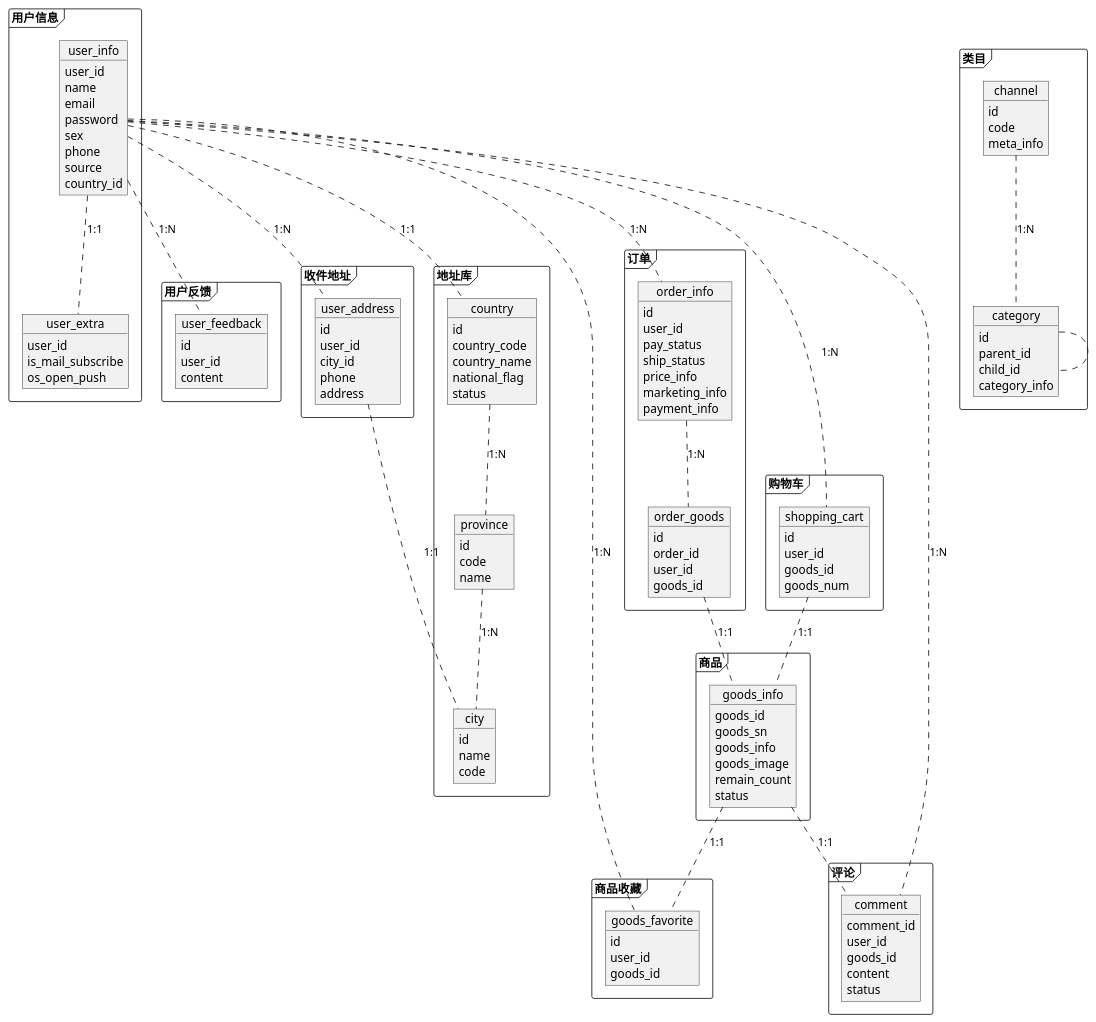
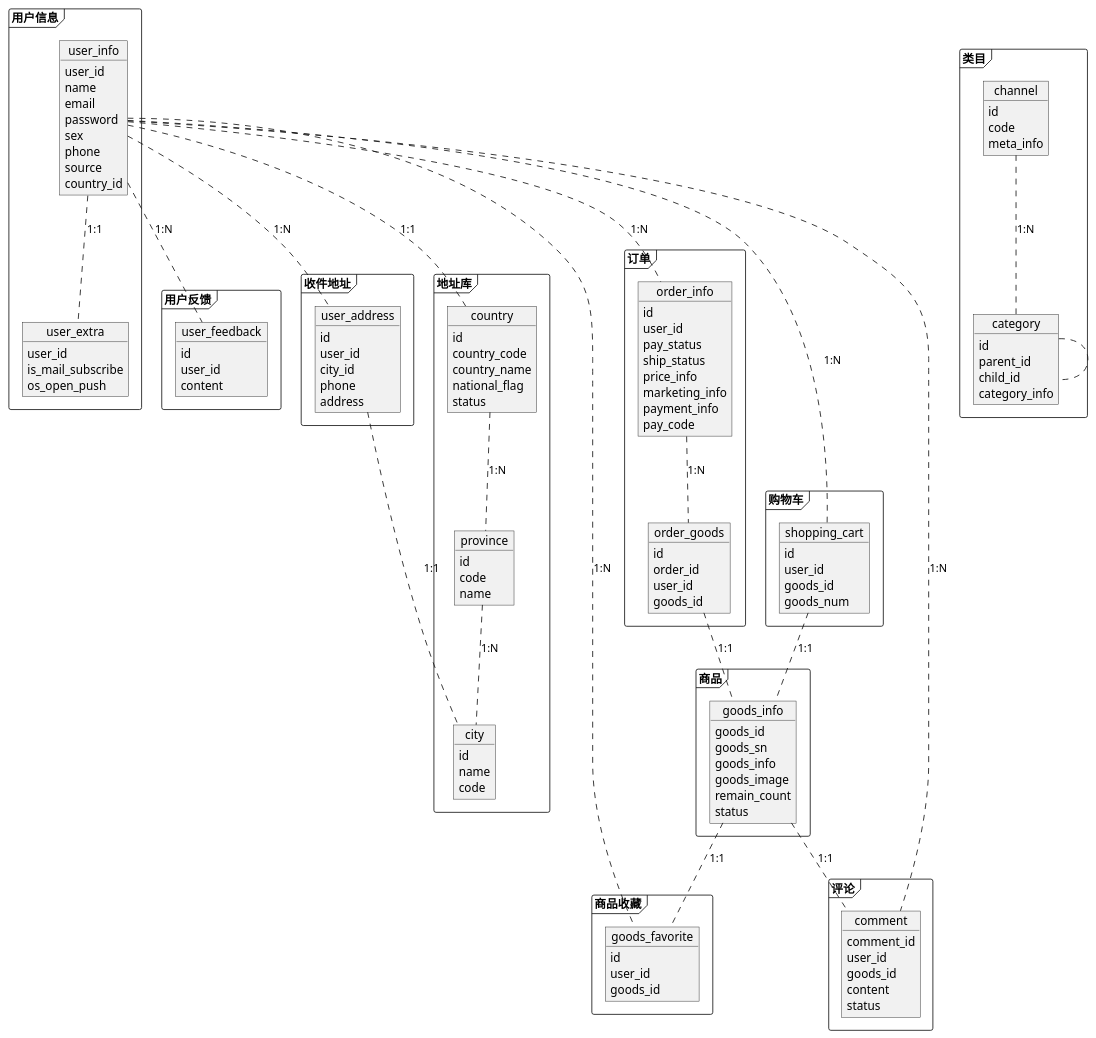
One commit to wonderflyer/doc changed the diagram in shop.puml. Above: the diagram before and after it, drawn with PlantUML.

Commit message:
pay code

```diff
--- a/shop.puml
+++ b/shop.puml
@@ -1,166 +1,167 @@
 @startuml
 
 
 frame 用户信息 {
 object user_info {
     user_id
     name
     email
     password
     sex
     phone
     source
     country_id
 }
 
 
 
 object user_extra {
     user_id
     is_mail_subscribe
     os_open_push
 }
 }
 
 frame 用户反馈{
 object user_feedback {
     id
     user_id
     content
 }
 }
 
 frame 收件地址{
 object user_address {
     id
     user_id
     city_id
     phone
     address
 }
 }
 
 frame 订单 {
 	object order_info {
 		id
 		user_id
 		pay_status
 		ship_status
 		price_info
 		marketing_info
 		payment_info
+		pay_code
 	}
 
 	object order_goods {
 		id
 		order_id
 		user_id
 		goods_id
 	}
 }
 
 frame 商品{
 object goods_info {
     goods_id
     goods_sn
     goods_info
     goods_image
     remain_count
     status
 }
 }
 
 frame 商品收藏{
 object goods_favorite {
     id
     user_id
     goods_id
 }
 }
 
 
 frame 类目 {
 object category {
     id
     parent_id
     child_id
     category_info
 }
 
 object channel {
     id
     code
     meta_info
 }
 }
 
 frame 地址库{
 object country {
     id
     country_code
     country_name
     national_flag
     status
 }
 
 user_info .. country: 1:1
 
 object province {
     id
     code
     name
 }
 
 object city {
     id
     name
     code
 }
 }
 
 
 frame 购物车{
 object shopping_cart {
     id
     user_id
     goods_id
     goods_num
 }
 }
 
 frame 评论 {
     object comment {
         comment_id
         user_id
         goods_id
         content
         status
     }
 }
 
 
 user_info .. user_address : 1:N
 user_info .. user_extra: 1:1
 country .. province : 1:N
 province .. city : 1:N
 user_address .. city : 1:1
 
 user_info .. comment : 1:N
 goods_info .. comment : 1:1
 
 user_info .. goods_favorite : 1:N
 goods_info .. goods_favorite : 1:1
 
 user_info .. shopping_cart : 1:N
 shopping_cart .. goods_info : 1:1
 
 user_info .. user_feedback : 1:N
 
 channel .. category : 1:N
 category .. category
 
 user_info .. order_info : 1:N
 order_info .. order_goods : 1:N
 order_goods .. goods_info : 1:1
 
 @enduml
```
